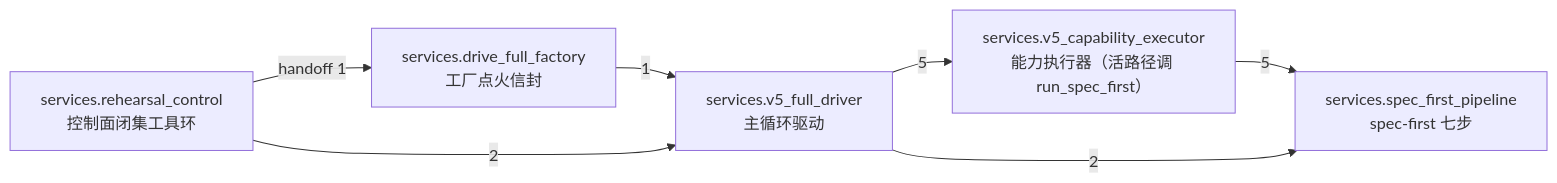
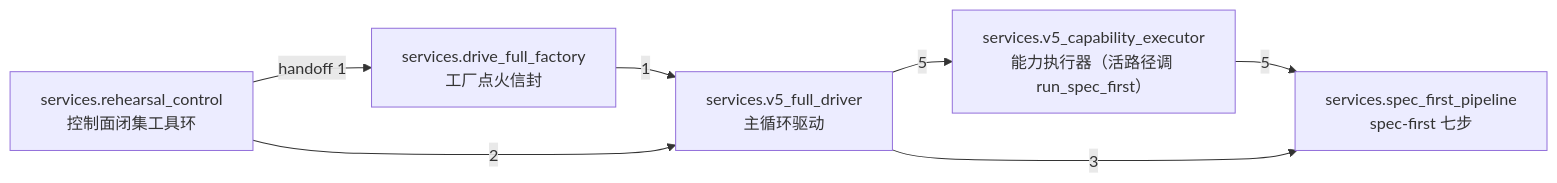
The third of 4 diagrams in docs/SlideRule V6.2 架构图（自动生成）.md (2686521696/WhyBuddy), drawn with Mermaid before and after one commit. The commit also changed other lines of this file and 5 other files, not shown here.

````diff
--- a/docs/SlideRule V6.2 架构图（自动生成）.md
+++ b/docs/SlideRule V6.2 架构图（自动生成）.md
@@ -108,14 +108,14 @@
 ```mermaid
 flowchart LR
   services_rehearsal_control["services.rehearsal_control<br/>控制面闭集工具环"]
   services_drive_full_factory["services.drive_full_factory<br/>工厂点火信封"]
   services_v5_full_driver["services.v5_full_driver<br/>主循环驱动"]
   services_v5_capability_executor["services.v5_capability_executor<br/>能力执行器（活路径调 run_spec_first）"]
   services_spec_first_pipeline["services.spec_first_pipeline<br/>spec-first 七步"]
   services_drive_full_factory -->|1| services_v5_full_driver
   services_rehearsal_control -->|handoff 1| services_drive_full_factory
   services_rehearsal_control -->|2| services_v5_full_driver
   services_v5_capability_executor -->|5| services_spec_first_pipeline
-  services_v5_full_driver -->|2| services_spec_first_pipeline
+  services_v5_full_driver -->|3| services_spec_first_pipeline
   services_v5_full_driver -->|5| services_v5_capability_executor
 ```
````
